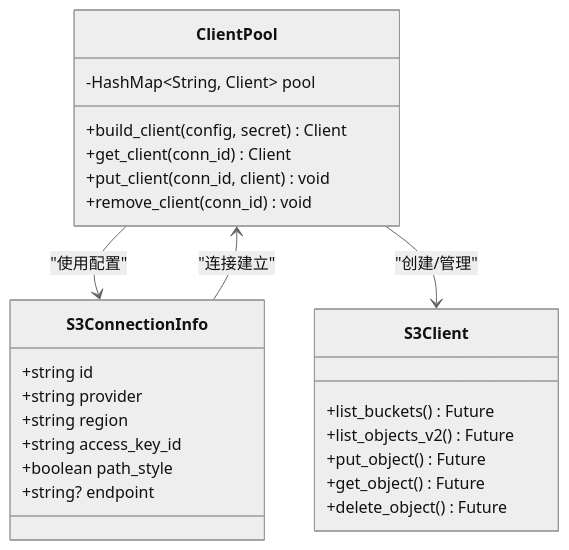
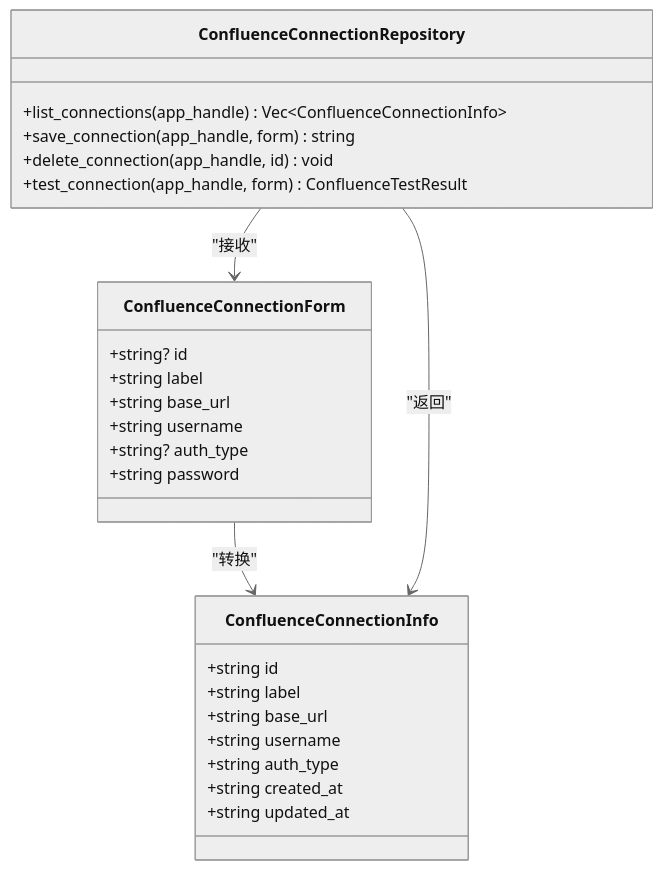
The third of 5 diagrams in .qoder/repowiki/zh/content/数据库设计/表结构设计/云存储连接表.md (DumKing/DevNexus), drawn with Mermaid (neutral theme) before and after one commit. The commit also changed other lines of this file and 80 other files, not shown here.

````diff
--- a/.qoder/repowiki/zh/content/数据库设计/表结构设计/云存储连接表.md
+++ b/.qoder/repowiki/zh/content/数据库设计/表结构设计/云存储连接表.md
@@ -229,28 +178,29 @@
 ```mermaid
 classDiagram
-class ClientPool {
--HashMap~String, Client~ pool
-+build_client(config, secret) Client
-+get_client(conn_id) Client
-+put_client(conn_id, client) void
-+remove_client(conn_id) void
+class ConfluenceConnectionInfo {
++string id
++string label
++string base_url
++string username
++string auth_type
++string created_at
++string updated_at
 }
-class S3ConnectionInfo {
-+string id
-+string provider
-+string region
-+string access_key_id
-+boolean path_style
-+string? endpoint
+class ConfluenceConnectionForm {
++string? id
++string label
++string base_url
++string username
++string? auth_type
++string password
 }
-class S3Client {
-+list_buckets() Future
-+list_objects_v2() Future
-+put_object() Future
-+get_object() Future
-+delete_object() Future
+class ConfluenceConnectionRepository {
++list_connections(app_handle) Vec~ConfluenceConnectionInfo~
++save_connection(app_handle, form) string
++delete_connection(app_handle, id) void
++test_connection(app_handle, form) ConfluenceTestResult
 }
-ClientPool --> S3ConnectionInfo : "使用配置"
-ClientPool --> S3Client : "创建/管理"
-S3ConnectionInfo --> ClientPool : "连接建立"
+ConfluenceConnectionForm --> ConfluenceConnectionInfo : "转换"
+ConfluenceConnectionRepository --> ConfluenceConnectionInfo : "返回"
+ConfluenceConnectionRepository --> ConfluenceConnectionForm : "接收"
 ```
````
